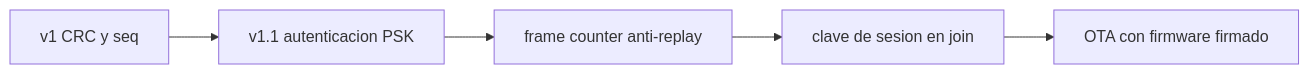
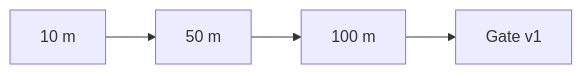
One commit to Alan-B525/ADQ-protocolo changed the fifth of 5 diagrams in docs/protocol/protocol-educational-diagrams.md. Above: the diagram before and after it, drawn with Mermaid. The commit also changed other lines of this file and 50 other files, not shown here.

````diff
--- a/docs/protocol/protocol-educational-diagrams.md
+++ b/docs/protocol/protocol-educational-diagrams.md
@@ -119,7 +52,4 @@
 ```mermaid
 flowchart LR
-  A[v1 CRC y seq] --> B[v1.1 autenticacion PSK]
-  B --> C[frame counter anti-replay]
-  C --> D[clave de sesion en join]
-  D --> E[OTA con firmware firmado]
+  A[10 m] --> B[50 m] --> C[100 m] --> D[Gate v1]
 ```
````
